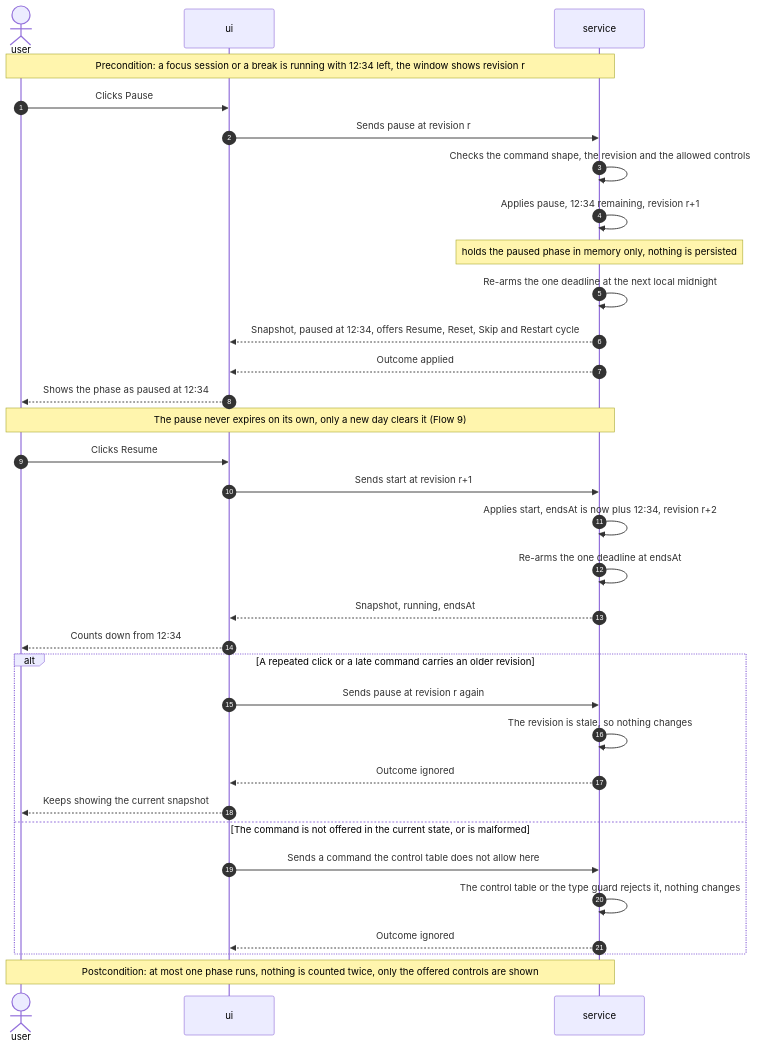
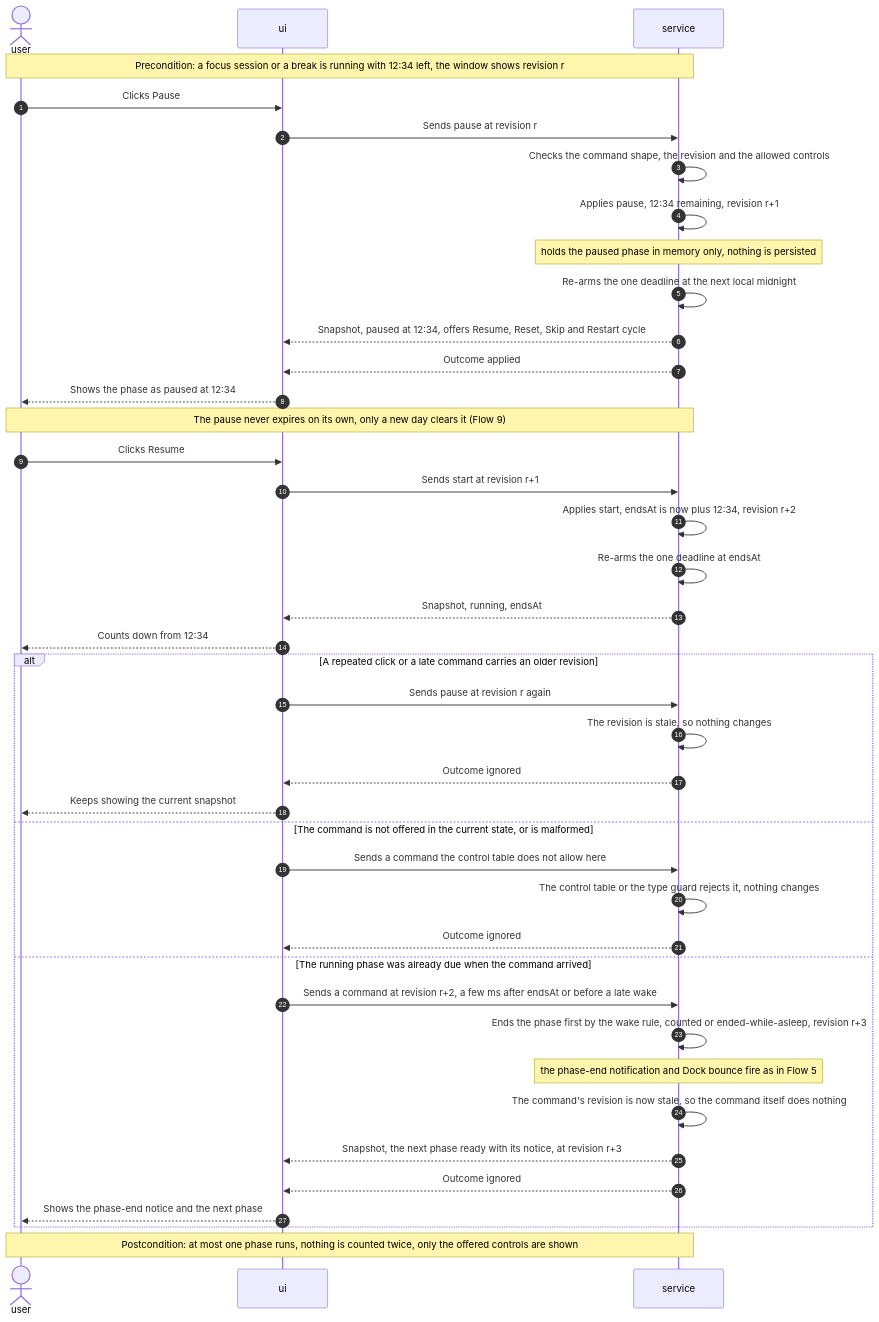
Before and after one commit to vasiliy017/pomodoro-timer: the sixth of 11 diagrams in docs/features/focus-timer-core/sad.md, drawn with Mermaid. The commit also changed other lines of this file and 5 other files, not shown here.

First line of the commit message:
docs(focus-timer-core): document that an ignored command can first settle a phase that is already due

````diff
--- a/docs/features/focus-timer-core/sad.md
+++ b/docs/features/focus-timer-core/sad.md
@@ -350,35 +350,43 @@
 ```mermaid
 sequenceDiagram
     autonumber
     actor U as user
     participant UI as ui
     participant S as service
     Note over U,S: Precondition: a focus session or a break is running with 12:34 left, the window shows revision r
     U->>UI: Clicks Pause
     UI->>S: Sends pause at revision r
     S->>S: Checks the command shape, the revision and the allowed controls
     S->>S: Applies pause, 12:34 remaining, revision r+1
     Note over S: holds the paused phase in memory only, nothing is persisted
     S->>S: Re-arms the one deadline at the next local midnight
     S-->>UI: Snapshot, paused at 12:34, offers Resume, Reset, Skip and Restart cycle
     S-->>UI: Outcome applied
     UI-->>U: Shows the phase as paused at 12:34
     Note over U,S: The pause never expires on its own, only a new day clears it (Flow 9)
     U->>UI: Clicks Resume
     UI->>S: Sends start at revision r+1
     S->>S: Applies start, endsAt is now plus 12:34, revision r+2
     S->>S: Re-arms the one deadline at endsAt
     S-->>UI: Snapshot, running, endsAt
     UI-->>U: Counts down from 12:34
     alt A repeated click or a late command carries an older revision
         UI->>S: Sends pause at revision r again
         S->>S: The revision is stale, so nothing changes
         S-->>UI: Outcome ignored
         UI-->>U: Keeps showing the current snapshot
     else The command is not offered in the current state, or is malformed
         UI->>S: Sends a command the control table does not allow here
         S->>S: The control table or the type guard rejects it, nothing changes
         S-->>UI: Outcome ignored
+    else The running phase was already due when the command arrived
+        UI->>S: Sends a command at revision r+2, a few ms after endsAt or before a late wake
+        S->>S: Ends the phase first by the wake rule, counted or ended-while-asleep, revision r+3
+        Note over S: the phase-end notification and Dock bounce fire as in Flow 5
+        S->>S: The command's revision is now stale, so the command itself does nothing
+        S-->>UI: Snapshot, the next phase ready with its notice, at revision r+3
+        S-->>UI: Outcome ignored
+        UI-->>U: Shows the phase-end notice and the next phase
     end
     Note over U,S: Postcondition: at most one phase runs, nothing is counted twice, only the offered controls are shown
 ```
````
